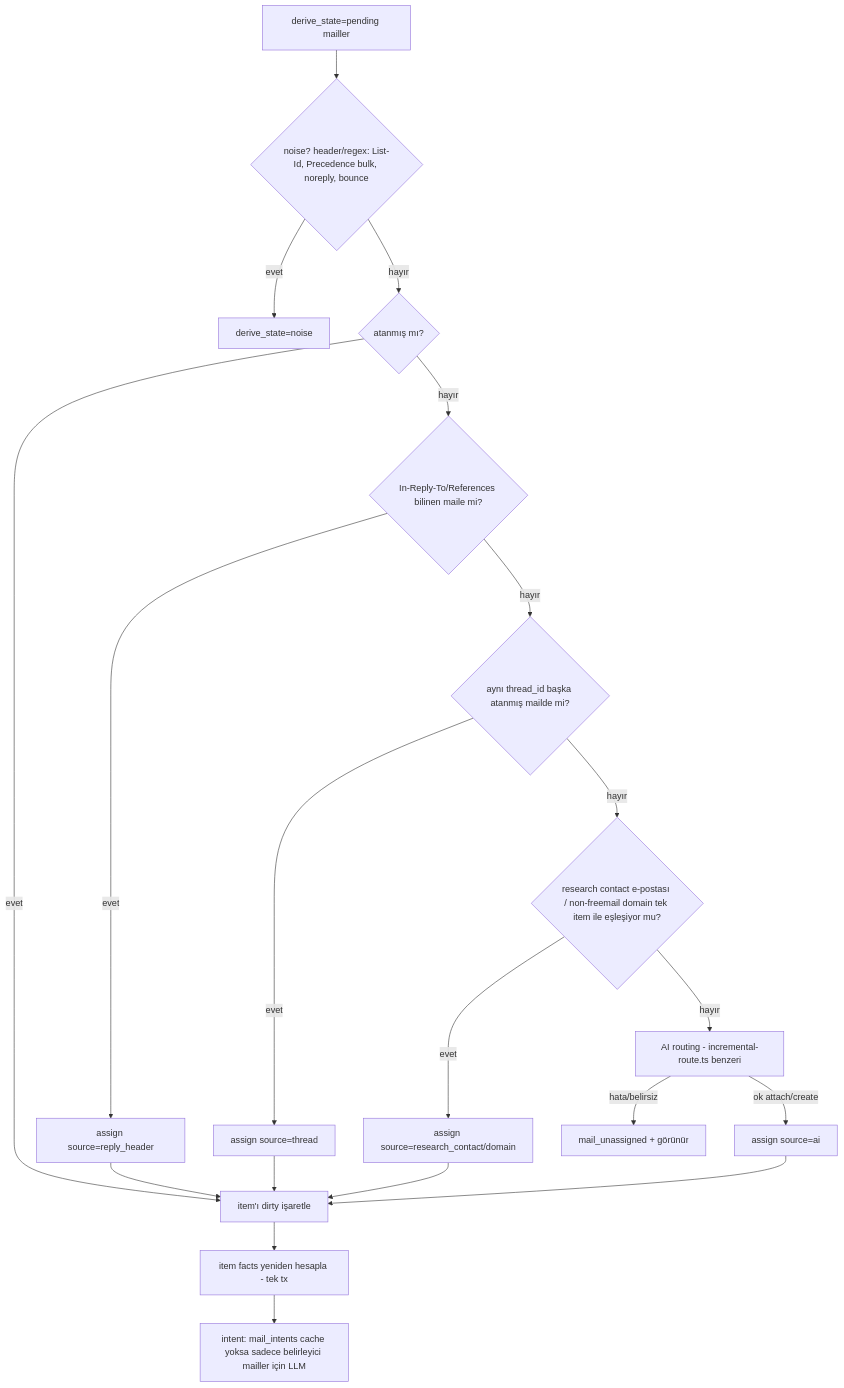
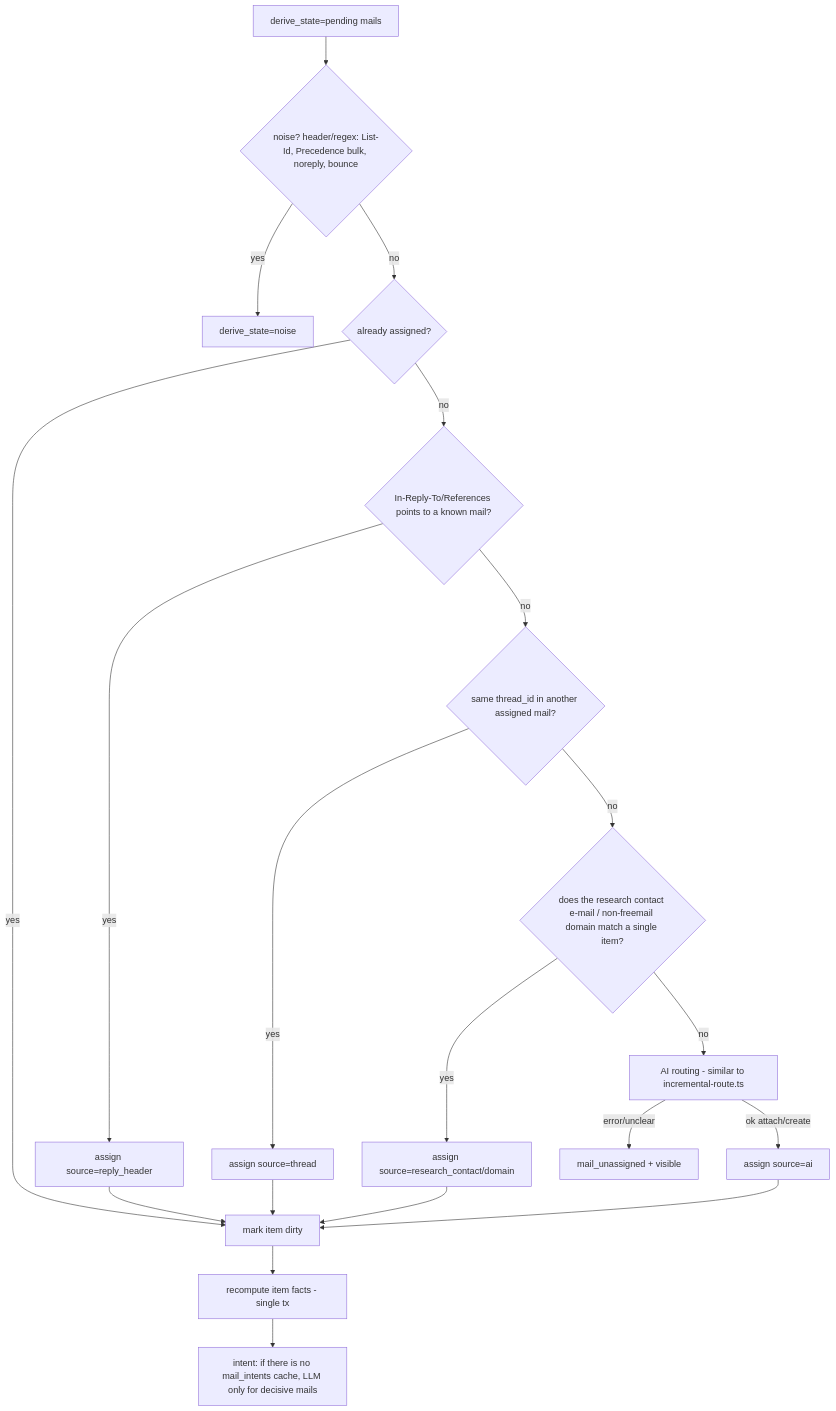
The third of 6 diagrams in docs/tracker-sync-architecture.md (kuralayusha/CMAE-public), drawn with Mermaid before and after one commit. The commit also changed other lines of this file, not shown here.

Commit message:
Translate tracker sync architecture doc to English

````diff
--- a/docs/tracker-sync-architecture.md
+++ b/docs/tracker-sync-architecture.md
@@ -666,19 +665,19 @@
 ```mermaid
 flowchart TD
-  P[derive_state=pending mailler] --> N{noise? header/regex: List-Id, Precedence bulk, noreply, bounce}
-  N -- evet --> X[derive_state=noise]
-  N -- hayır --> A{atanmış mı?}
-  A -- evet --> T[item'ı dirty işaretle]
-  A -- hayır --> R1{In-Reply-To/References bilinen maile mi?}
-  R1 -- evet --> AS[assign source=reply_header]
-  R1 -- hayır --> R2{aynı thread_id başka atanmış mailde mi?}
-  R2 -- evet --> AS2[assign source=thread]
-  R2 -- hayır --> R3{research contact e-postası / non-freemail domain tek item ile eşleşiyor mu?}
-  R3 -- evet --> AS3[assign source=research_contact/domain]
-  R3 -- hayır --> AI[AI routing - incremental-route.ts benzeri]
+  P[derive_state=pending mails] --> N{noise? header/regex: List-Id, Precedence bulk, noreply, bounce}
+  N -- yes --> X[derive_state=noise]
+  N -- no --> A{already assigned?}
+  A -- yes --> T[mark item dirty]
+  A -- no --> R1{In-Reply-To/References points to a known mail?}
+  R1 -- yes --> AS[assign source=reply_header]
+  R1 -- no --> R2{same thread_id in another assigned mail?}
+  R2 -- yes --> AS2[assign source=thread]
+  R2 -- no --> R3{does the research contact e-mail / non-freemail domain match a single item?}
+  R3 -- yes --> AS3[assign source=research_contact/domain]
+  R3 -- no --> AI[AI routing - similar to incremental-route.ts]
   AI -- ok attach/create --> AS4[assign source=ai]
-  AI -- hata/belirsiz --> U[mail_unassigned + görünür]
+  AI -- error/unclear --> U[mail_unassigned + visible]
   AS & AS2 & AS3 & AS4 --> T
-  T --> F[item facts yeniden hesapla - tek tx]
-  F --> I[intent: mail_intents cache yoksa sadece belirleyici mailler için LLM]
+  T --> F[recompute item facts - single tx]
+  F --> I[intent: if there is no mail_intents cache, LLM only for decisive mails]
 ```
````
